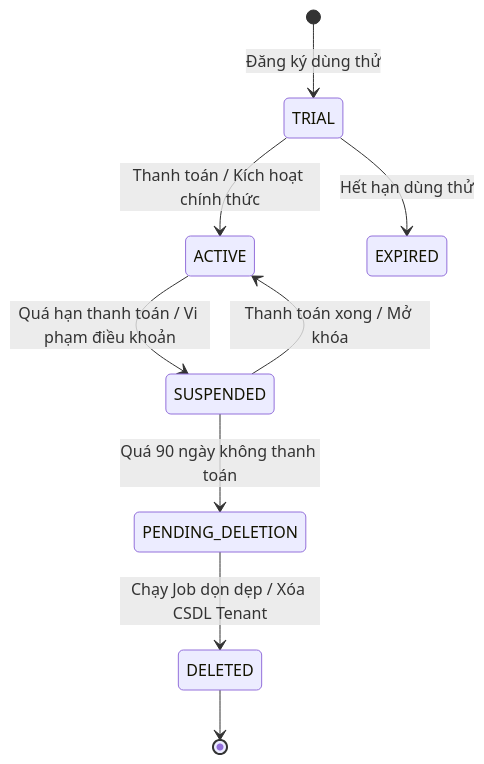
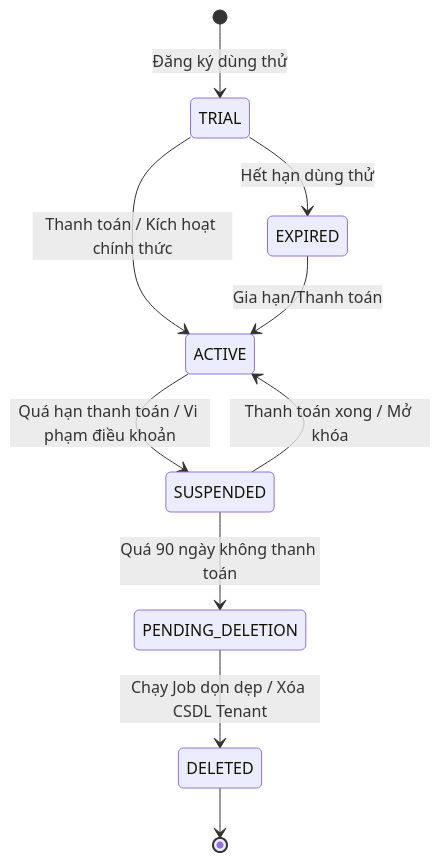
The second of 3 diagrams in docs/sprints/sprint_02_superadmin_rbac/02_analysis/ANL-01_superadmin_platform_management.md (min3rd/open-erp), drawn with Mermaid before and after one commit. The commit also changed other lines of this file and 68 other files, not shown here.

````diff
--- a/docs/sprints/sprint_02_superadmin_rbac/02_analysis/ANL-01_superadmin_platform_management.md
+++ b/docs/sprints/sprint_02_superadmin_rbac/02_analysis/ANL-01_superadmin_platform_management.md
@@ -58,11 +58,12 @@
 ```mermaid
 stateDiagram-v2
     [*] --> TRIAL: Đăng ký dùng thử
     TRIAL --> ACTIVE: Thanh toán / Kích hoạt chính thức
     TRIAL --> EXPIRED: Hết hạn dùng thử
+    EXPIRED --> ACTIVE: Gia hạn/Thanh toán
     ACTIVE --> SUSPENDED: Quá hạn thanh toán / Vi phạm điều khoản
     SUSPENDED --> ACTIVE: Thanh toán xong / Mở khóa
     SUSPENDED --> PENDING_DELETION: Quá 90 ngày không thanh toán
     PENDING_DELETION --> DELETED: Chạy Job dọn dẹp / Xóa CSDL Tenant
     DELETED --> [*]
 ```
````
